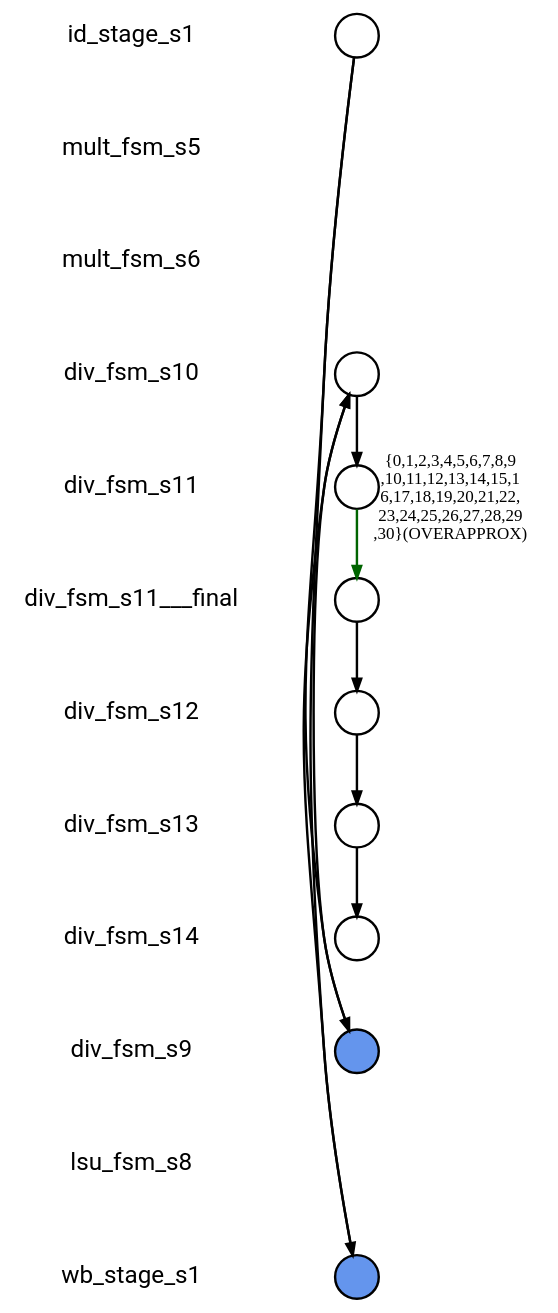
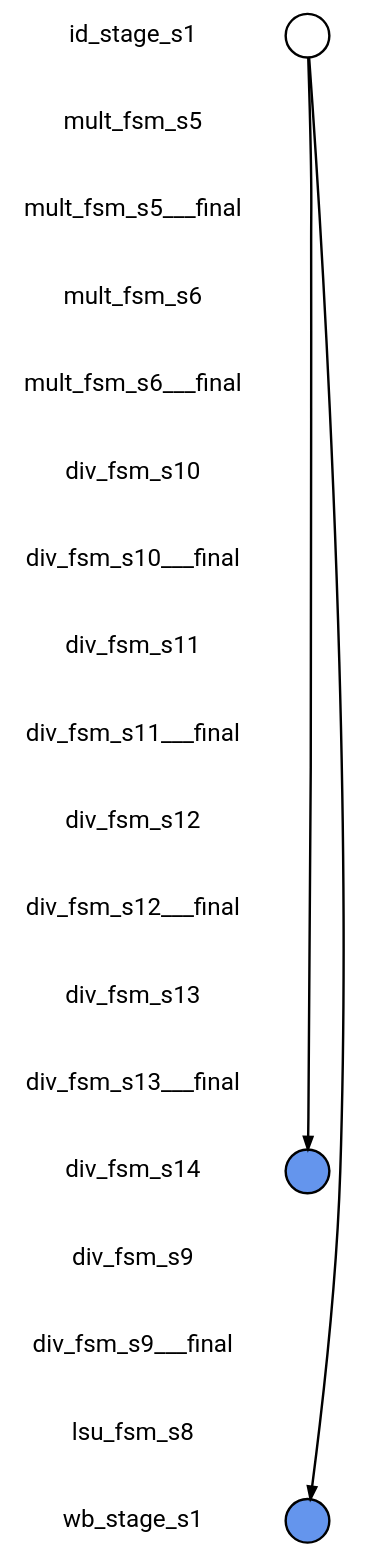
One commit to naomipark3/SynthLC changed the diagram in fv/synthlc/i_MUL_out/xSummarize/nonisograph/com_4_0.dot. Above: the diagram before and after it, drawn with Graphviz. The commit also changed 12067 other files, not shown here.

```diff
--- a/fv/synthlc/i_MUL_out/xSummarize/nonisograph/com_4_0.dot
+++ b/fv/synthlc/i_MUL_out/xSummarize/nonisograph/com_4_0.dot
@@ -1,82 +1,58 @@
 
 digraph G {
     edge [penwidth=2];
     node [ shape=box, fontsize=20, penwidth=2, fontname="roboto"];
     esep=0.5;
     layout=neato;
     overlap=scale;
     splines=true;
 
 l_id_stage_s1 [label="id_stage_s1"; pos="0,-0!"; shape=none];
 
 l_mult_fsm_s5 [label="mult_fsm_s5"; pos="0,-1!"; shape=none];
 
-l_mult_fsm_s6 [label="mult_fsm_s6"; pos="0,-2!"; shape=none];
+l_mult_fsm_s5___final [label="mult_fsm_s5___final"; pos="0,-2!"; shape=none];
 
-l_div_fsm_s10 [label="div_fsm_s10"; pos="0,-3!"; shape=none];
+l_mult_fsm_s6 [label="mult_fsm_s6"; pos="0,-3!"; shape=none];
 
-l_div_fsm_s11 [label="div_fsm_s11"; pos="0,-4!"; shape=none];
+l_mult_fsm_s6___final [label="mult_fsm_s6___final"; pos="0,-4!"; shape=none];
 
-l_div_fsm_s11___final [label="div_fsm_s11___final"; pos="0,-5!"; shape=none];
+l_div_fsm_s10 [label="div_fsm_s10"; pos="0,-5!"; shape=none];
 
-l_div_fsm_s12 [label="div_fsm_s12"; pos="0,-6!"; shape=none];
+l_div_fsm_s10___final [label="div_fsm_s10___final"; pos="0,-6!"; shape=none];
 
-l_div_fsm_s13 [label="div_fsm_s13"; pos="0,-7!"; shape=none];
+l_div_fsm_s11 [label="div_fsm_s11"; pos="0,-7!"; shape=none];
 
-l_div_fsm_s14 [label="div_fsm_s14"; pos="0,-8!"; shape=none];
+l_div_fsm_s11___final [label="div_fsm_s11___final"; pos="0,-8!"; shape=none];
 
-l_div_fsm_s9 [label="div_fsm_s9"; pos="0,-9!"; shape=none];
+l_div_fsm_s12 [label="div_fsm_s12"; pos="0,-9!"; shape=none];
 
-l_lsu_fsm_s8 [label="lsu_fsm_s8"; pos="0,-10!"; shape=none];
+l_div_fsm_s12___final [label="div_fsm_s12___final"; pos="0,-10!"; shape=none];
 
-l_wb_stage_s1 [label="wb_stage_s1"; pos="0,-11!"; shape=none];
+l_div_fsm_s13 [label="div_fsm_s13"; pos="0,-11!"; shape=none];
+
+l_div_fsm_s13___final [label="div_fsm_s13___final"; pos="0,-12!"; shape=none];
+
+l_div_fsm_s14 [label="div_fsm_s14"; pos="0,-13!"; shape=none];
+
+l_div_fsm_s9 [label="div_fsm_s9"; pos="0,-14!"; shape=none];
+
+l_div_fsm_s9___final [label="div_fsm_s9___final"; pos="0,-15!"; shape=none];
+
+l_lsu_fsm_s8 [label="lsu_fsm_s8"; pos="0,-16!"; shape=none];
+
+l_wb_stage_s1 [label="wb_stage_s1"; pos="0,-17!"; shape=none];
 
 n_id_stage_s1 [label=""; pos="2,-0!"; shape=circle ]; 
 
 
-n_div_fsm_s10 [label=""; pos="2,-3!"; shape=circle ]; 
+n_div_fsm_s14 [style=filled, color=black, fillcolor="#6495ED", label=""; pos="2,-13!"; shape=circle ]; 
 
 
-n_div_fsm_s11 [label=""; pos="2,-4!"; shape=circle ]; 
+n_wb_stage_s1 [style=filled, color=black, fillcolor="#6495ED", label=""; pos="2,-17!"; shape=circle ]; 
 
 
-n_div_fsm_s12 [label=""; pos="2,-6!"; shape=circle ]; 
-
-
-n_div_fsm_s13 [label=""; pos="2,-7!"; shape=circle ]; 
-
-
-n_div_fsm_s14 [label=""; pos="2,-8!"; shape=circle ]; 
-
-
-n_div_fsm_s9 [style=filled, color=black, fillcolor="#6495ED", label=""; pos="2,-9!"; shape=circle ]; 
-
-
-n_wb_stage_s1 [style=filled, color=black, fillcolor="#6495ED", label=""; pos="2,-11!"; shape=circle ]; 
-
-
-n_div_fsm_s11___final [label=""; pos="2,-5!"; shape=circle ]; 
-
+n_id_stage_s1 -> n_div_fsm_s14 [color="black"];
 
 n_id_stage_s1 -> n_wb_stage_s1 [color="black"];
-
-n_id_stage_s1 -> n_div_fsm_s9 [color="black"];
-
-n_div_fsm_s10 -> n_div_fsm_s11 [color="black"];
-
-n_div_fsm_s11 -> n_div_fsm_s11___final [color="#006400", label="{0,1,2,3,4,5,6,7,8,9
-,10,11,12,13,14,15,1
-6,17,18,19,20,21,22,
-23,24,25,26,27,28,29
-,30}(OVERAPPROX)"];
-
-n_div_fsm_s12 -> n_div_fsm_s13 [color="black"];
-
-n_div_fsm_s13 -> n_div_fsm_s14 [color="black"];
-
-n_div_fsm_s9 -> n_div_fsm_s10 [color="black"];
-
-n_wb_stage_s1 -> n_div_fsm_s10 [color="black"];
-
-n_div_fsm_s11___final -> n_div_fsm_s12 [color="black"];
 }
```
